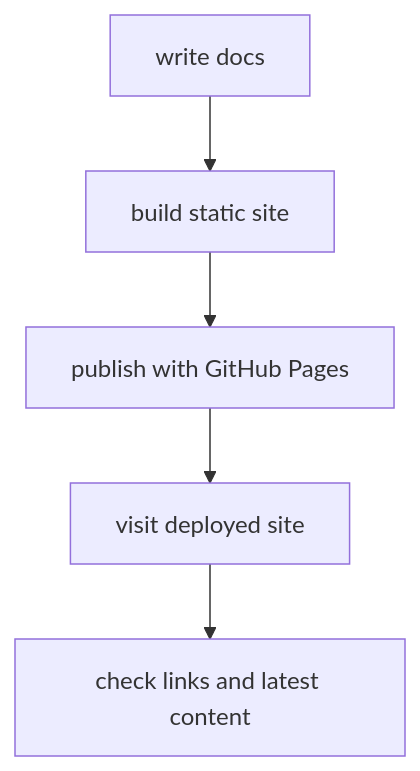
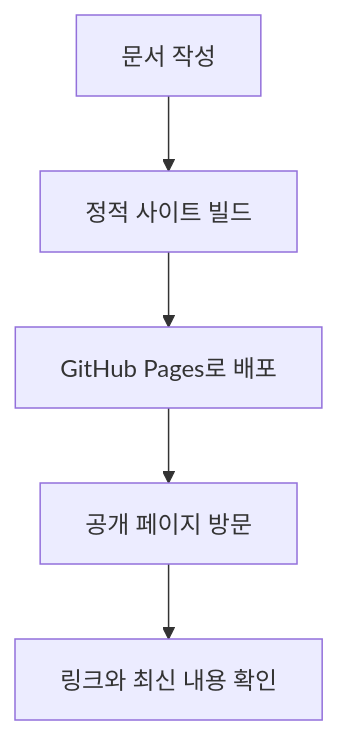
One commit to devchan64/AiBook changed the diagram in docs/parts/part-07/chapter-07/section-01.md. Above: the diagram before and after it, drawn with Mermaid. The commit also changed other lines of this file and 15 other files, not shown here.

````diff
--- a/docs/parts/part-07/chapter-07/section-01.md
+++ b/docs/parts/part-07/chapter-07/section-01.md
@@ -70,10 +70,10 @@
 ```mermaid
 flowchart TD
-  A["write docs"]
-  B["build static site"]
-  C["publish with GitHub Pages"]
-  D["visit deployed site"]
-  E["check links and latest content"]
+  A["문서 작성"]
+  B["정적 사이트 빌드"]
+  C["GitHub Pages로 배포"]
+  D["공개 페이지 방문"]
+  E["링크와 최신 내용 확인"]
 
   A --> B --> C --> D --> E
 ```
````
